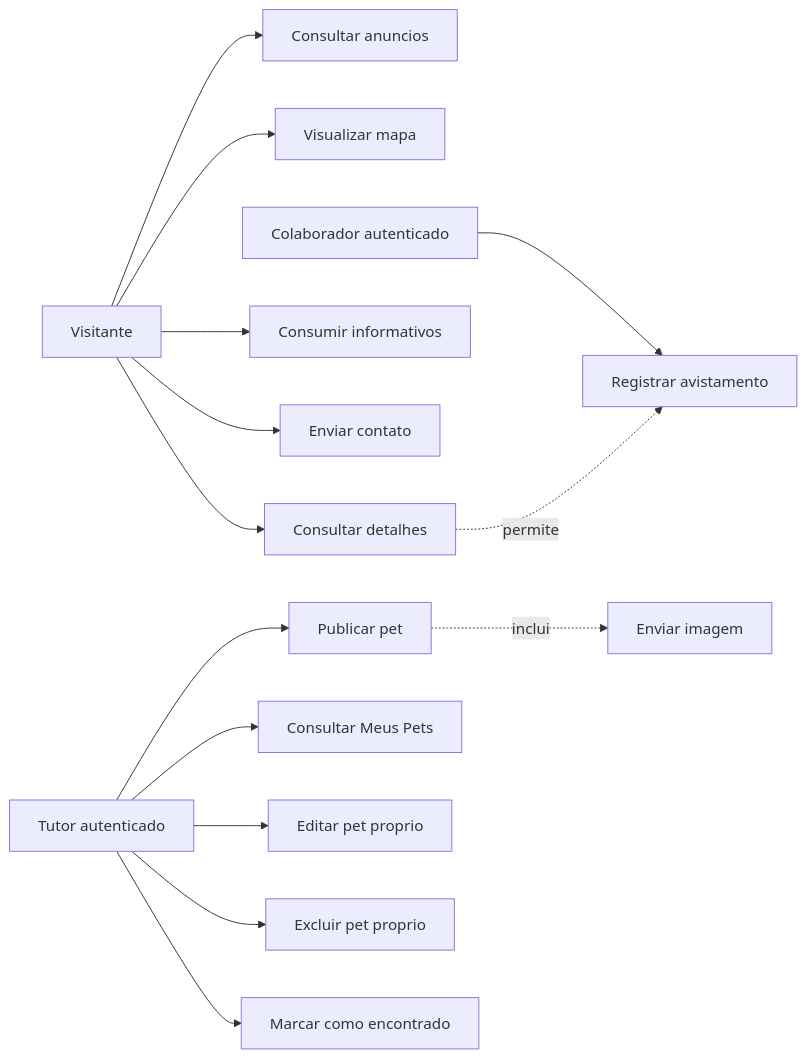
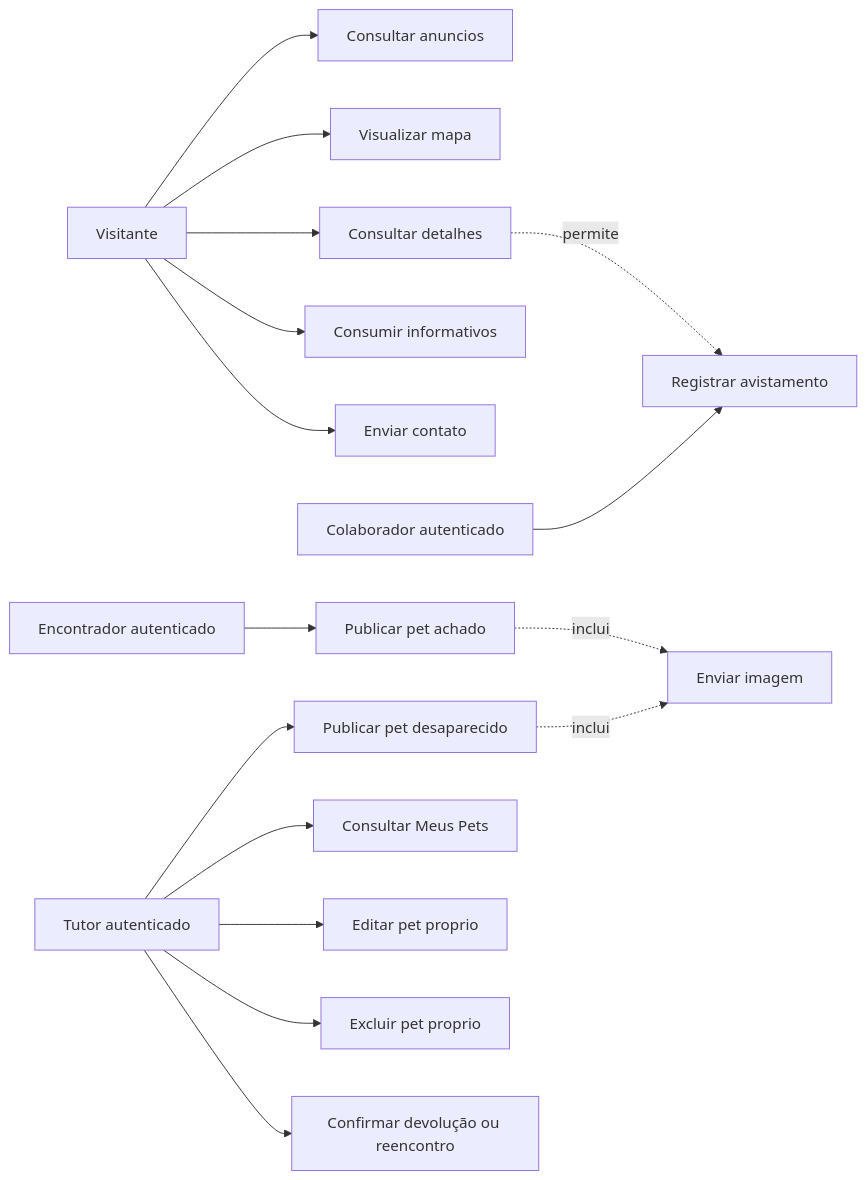
The first of 11 diagrams in docs/modelagem-site.md (Reminsonrps/PetConecta), drawn with Mermaid before and after one commit. The commit also changed other lines of this file and 17 other files, not shown here.

````diff
--- a/docs/modelagem-site.md
+++ b/docs/modelagem-site.md
@@ -147,18 +149,20 @@
 ```mermaid
 flowchart LR
     V[Visitante] --> UC01[Consultar anuncios]
     V --> UC02[Visualizar mapa]
     V --> UC03[Consultar detalhes]
     V --> UC04[Consumir informativos]
     V --> UC05[Enviar contato]
 
     C[Colaborador autenticado] --> UC06[Registrar avistamento]
-    T[Tutor autenticado] --> UC07[Publicar pet]
+    T[Tutor autenticado] --> UC07[Publicar pet desaparecido]
+    C2[Encontrador autenticado] --> UC12[Publicar pet achado]
     T --> UC08[Consultar Meus Pets]
     T --> UC09[Editar pet proprio]
     T --> UC10[Excluir pet proprio]
-    T --> UC11[Marcar como encontrado]
+    T --> UC11[Confirmar devolução ou reencontro]
 
     UC03 -. permite .-> UC06
-    UC07 -. inclui .-> UC12[Enviar imagem]
+    UC07 -. inclui .-> UC13[Enviar imagem]
+    UC12 -. inclui .-> UC13
 ```
````
